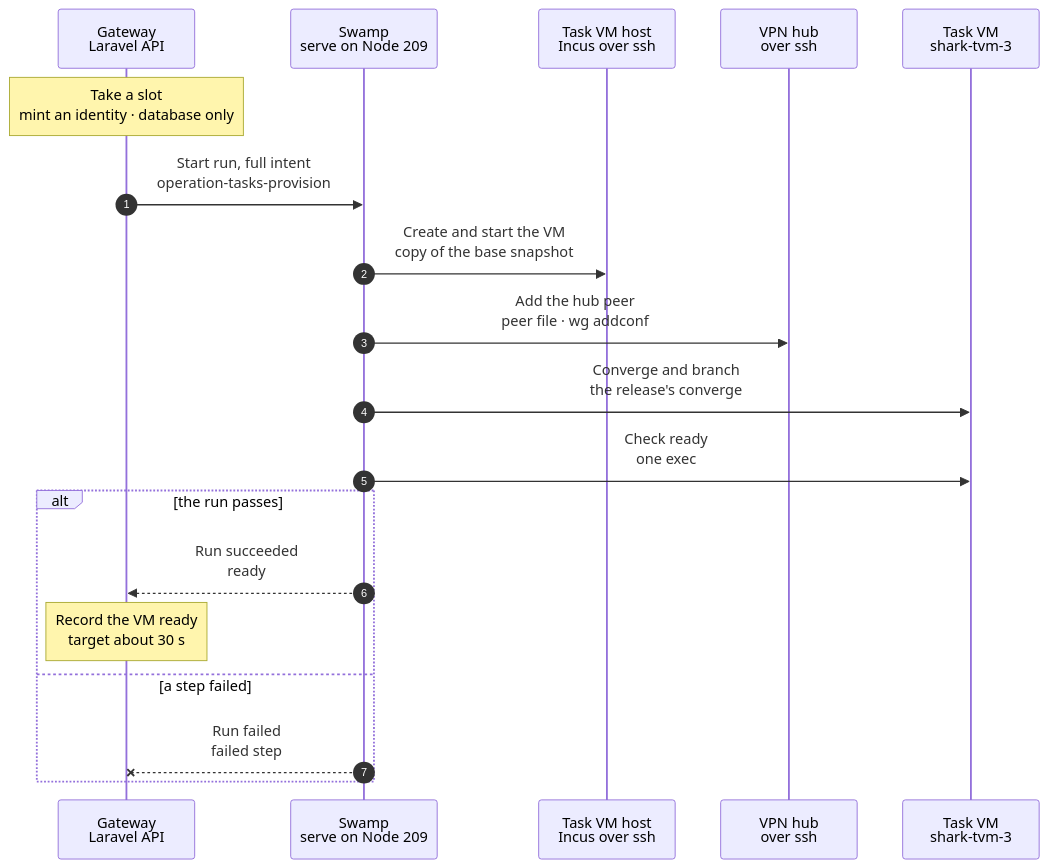
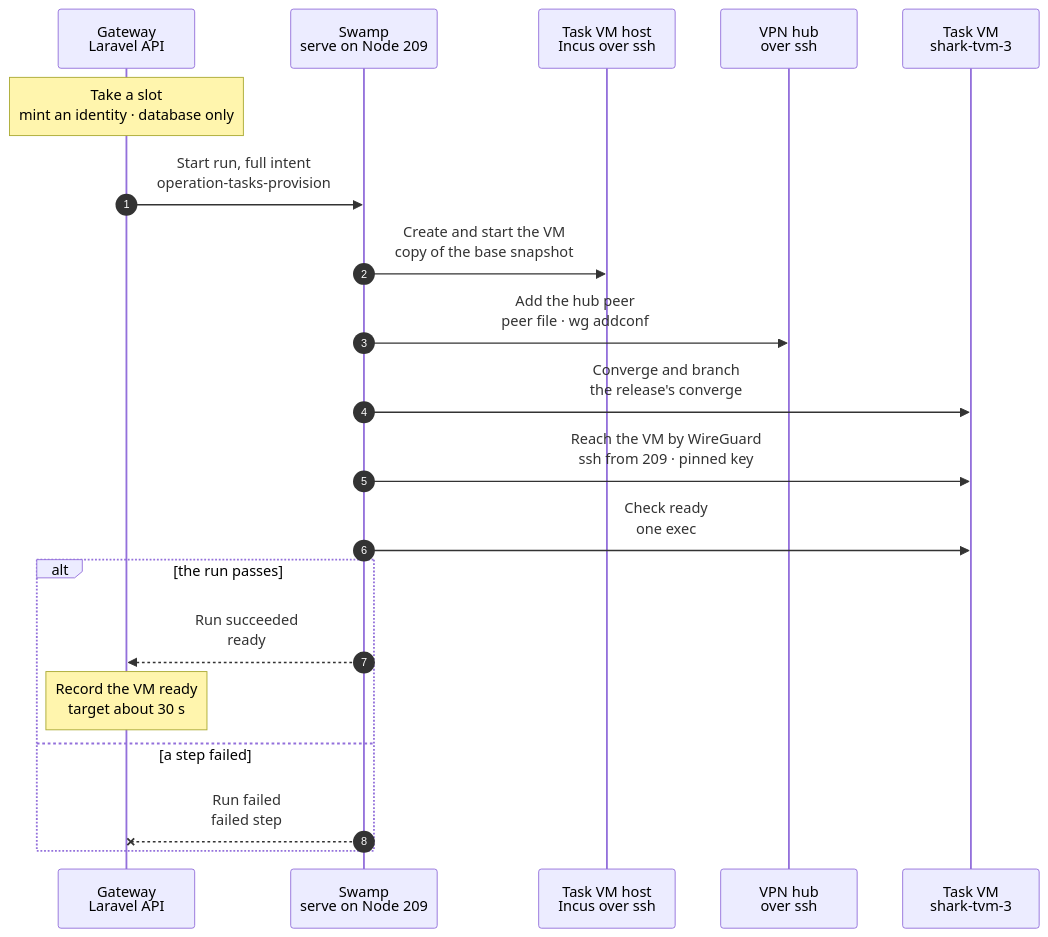
The diagram in docs/cli/tasks/provision.mmd (hardimpactdev/orbit), drawn with Mermaid before and after one commit. The commit also changed 3 other files, not shown here.

First line of the commit message:
Task start is ready only once a Swamp worker reaches the VM over WireGuard

```diff
--- a/docs/cli/tasks/provision.mmd
+++ b/docs/cli/tasks/provision.mmd
@@ -1,48 +1,51 @@
 sequenceDiagram
   %% Target design (agreed with Nick, 2026-11-07): a task start copies the host's base VM snapshot and gives the copy a fresh identity. There are no fixed slot identities: a slot is only a place under the host's capacity (`max_vms`), and the VM is named `<host>-tvm-<n>` by its slot number.
   %% status: draft
   %% command: tasks:provision
   %% kind: tasks.provision
   autonumber
   %% lane GW icon=gateway pill=intent tone=blue
   %% lane SW icon=workflow pill=executes tone=green
   %% lane H icon=server pill=target tone=amber
   %% lane HUB icon=server pill=target tone=purple
   %% lane VM icon=server pill=task VM tone=purple
   participant GW as Gateway<br/>Laravel API
   participant SW as Swamp<br/>serve on Node 209
   participant H as Task VM host<br/>Incus over ssh
   participant HUB as VPN hub<br/>over ssh
   participant VM as Task VM<br/>shark-tvm-3
   Note over GW: Take a slot<br/>mint an identity · database only
   %%> Started by:
   %%> - `tasks:provision` for a todo group, from proof CI or feature work
   %%> Result:
   %%> - the lowest free slot number under the capacity of the host with the most room: `shark-tvm-3`
   %%> - a fresh identity: the Node record with its `app-dev` role, a WireGuard key pair, the agent secret and an SSH host key, pinned on the Node from the start so nothing is read back
   %%> - the claim's Pi token and model key in the vault
   GW->>SW: Start run, full intent<br/>operation-tasks-provision
   SW->>H: Create and start the VM<br/>copy of the base snapshot
   %%> What it does:
   %%> - one host exec: `incus copy` of the base VM's recorded snapshot and a clone of its seed snapshot (ZFS clones), the identity and the claim's keys written from the vault on stdin, then `incus start` and the services that use them
   %%> - the containers start by themselves (`boot.autostart`) and already hold the proof Swamp Club key of the base
   SW->>HUB: Add the hub peer<br/>peer file · wg addconf
   %%> Runs beside the step before it: Swamp starts both at once.
   %%> What it does:
   %%> - the VM's public key and address on the WireGuard hub, while the VM boots; the claim's model key goes to the model router beside it
   SW->>VM: Converge and branch<br/>the release's converge
   %%> What it does:
   %%> - the same Ansible converge as the release refresh; with no delta every part is skipped, and it catches up a small delta when main moved since the last release
   %%> - then the new task branch on the checkout; it waits for no nested service
+  SW->>VM: Reach the VM by WireGuard<br/>ssh from 209 · pinned key
+  %%> What it does:
+  %%> - the path every later step takes (sync, check, turn, script): ssh from a Swamp worker to the VM's WireGuard address with its pinned host key
   SW->>VM: Check ready<br/>one exec
   %%> What it does:
   %%> - what a task needs: the agent, Pi, the tunnel and the three containers running; Swamp's `assert` decides
   %%> - the tunnel counts as up once WireGuard has a handshake with the hub; the hub answers no ping from a task VM
   alt the run passes
     SW-->>GW: Run succeeded<br/>ready
     Note over GW: Record the VM ready<br/>target about 30 s
   else a step failed
     SW--xGW: Run failed<br/>failed step
     %%> On failure:
     %%> - the release runs: the VM, its seed clone, the hub peer, the keys and the Node record go, and the slot is free
   end
```
